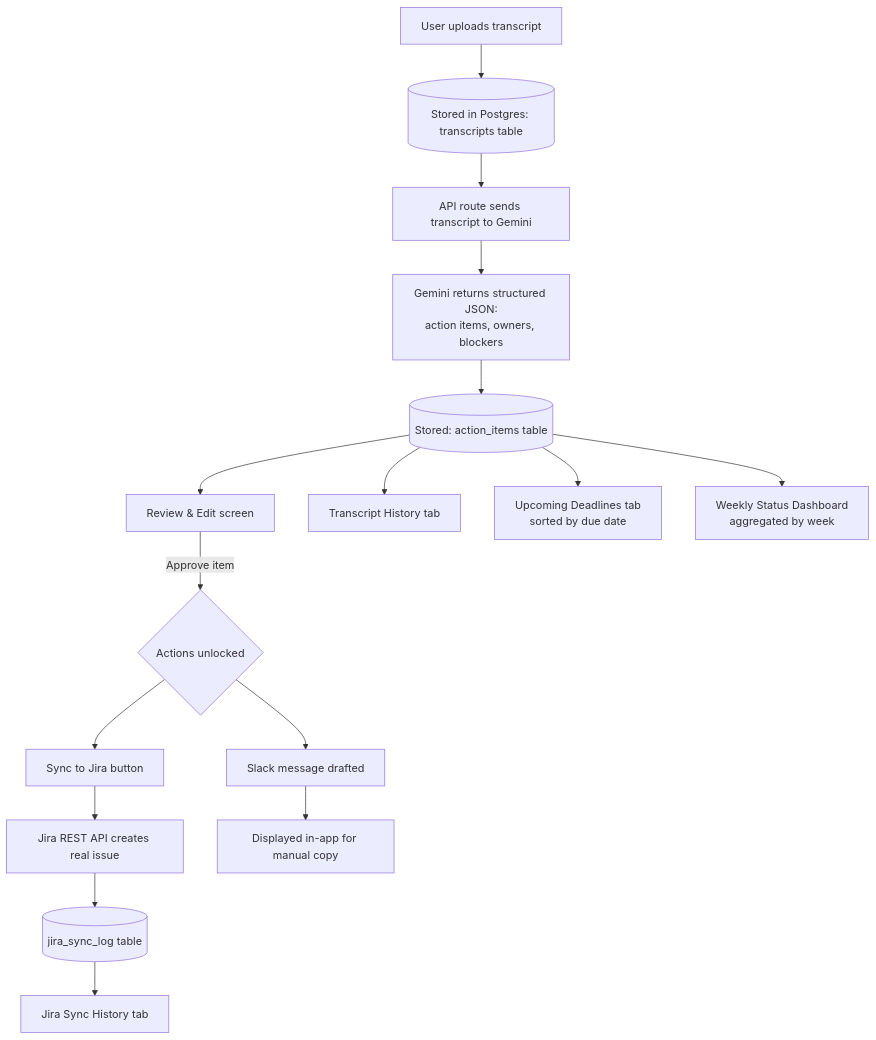
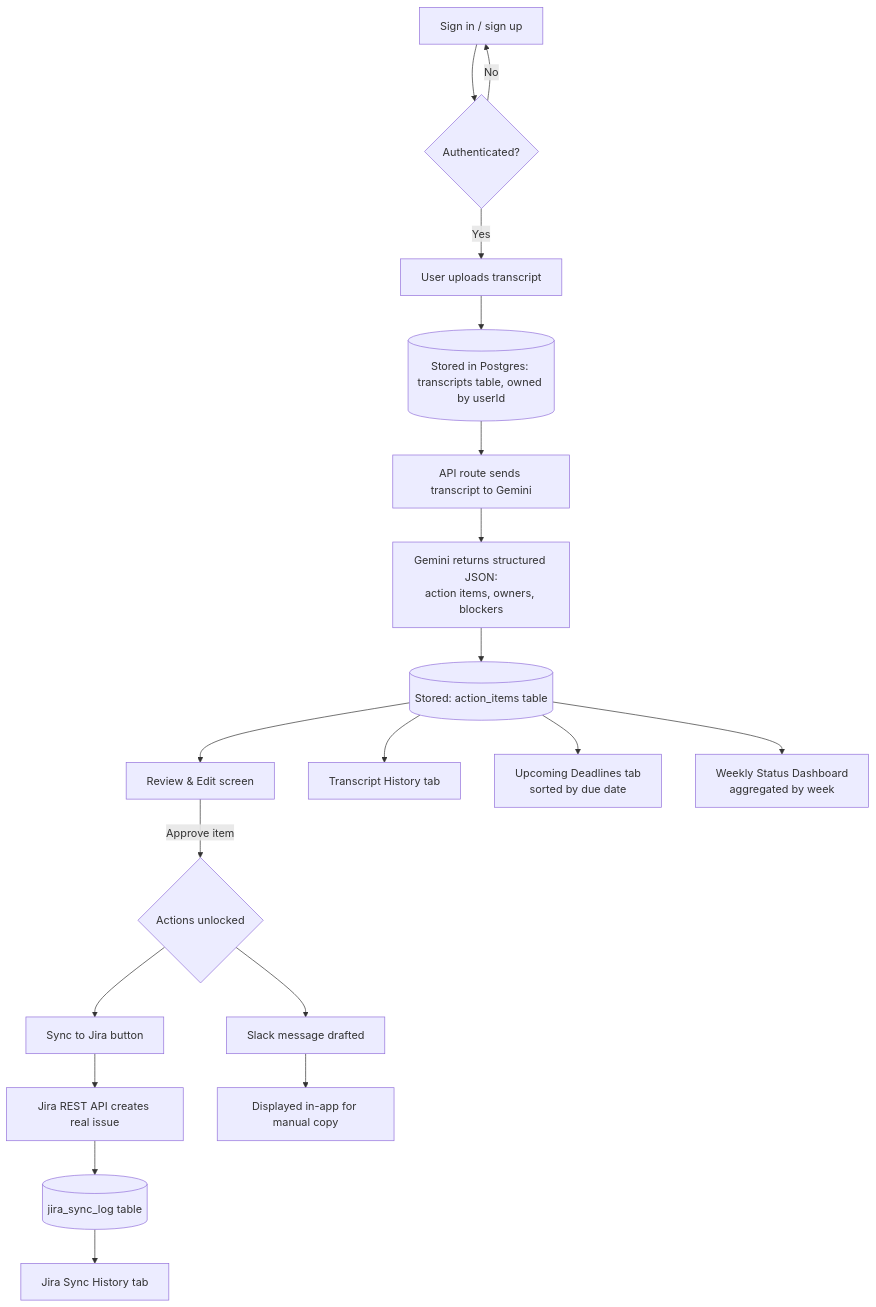
One commit to sauravhippargi/syncpm changed the diagram in architecture.md. Above: the diagram before and after it, drawn with Mermaid. The commit also changed other lines of this file and 21 other files, not shown here.

````diff
--- a/architecture.md
+++ b/architecture.md
@@ -17,18 +18,21 @@
 ```mermaid
 flowchart TD
-    A[User uploads transcript] --> B[(Stored in Postgres: transcripts table)]
+    Z[Sign in / sign up] --> Z2{Authenticated?}
+    Z2 -->|No| Z
+    Z2 -->|Yes| A[User uploads transcript]
+    A --> B[(Stored in Postgres: transcripts table, owned by userId)]
     B --> C[API route sends transcript to Gemini]
     C --> D[Gemini returns structured JSON:\naction items, owners, blockers]
     D --> E[(Stored: action_items table)]
     E --> F[Review & Edit screen]
     F -->|Approve item| G{Actions unlocked}
     G --> H[Sync to Jira button]
     G --> I[Slack message drafted]
     H --> J[Jira REST API creates real issue]
     J --> K[(jira_sync_log table)]
     I --> L[Displayed in-app for manual copy]
     E --> M[Transcript History tab]
     K --> N[Jira Sync History tab]
     E --> O[Upcoming Deadlines tab\nsorted by due date]
     E --> P[Weekly Status Dashboard\naggregated by week]
 ```
````
